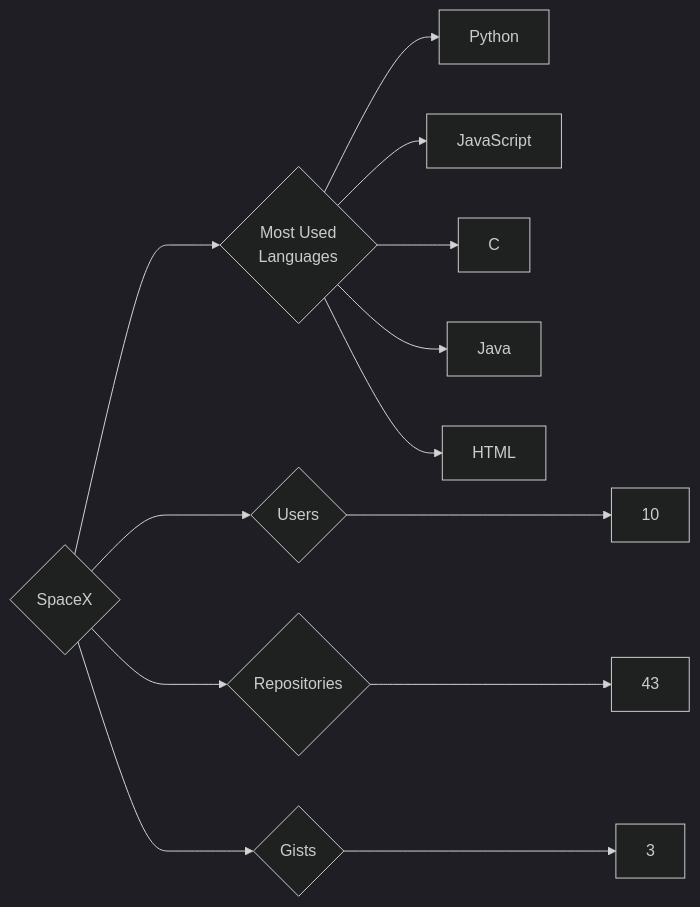
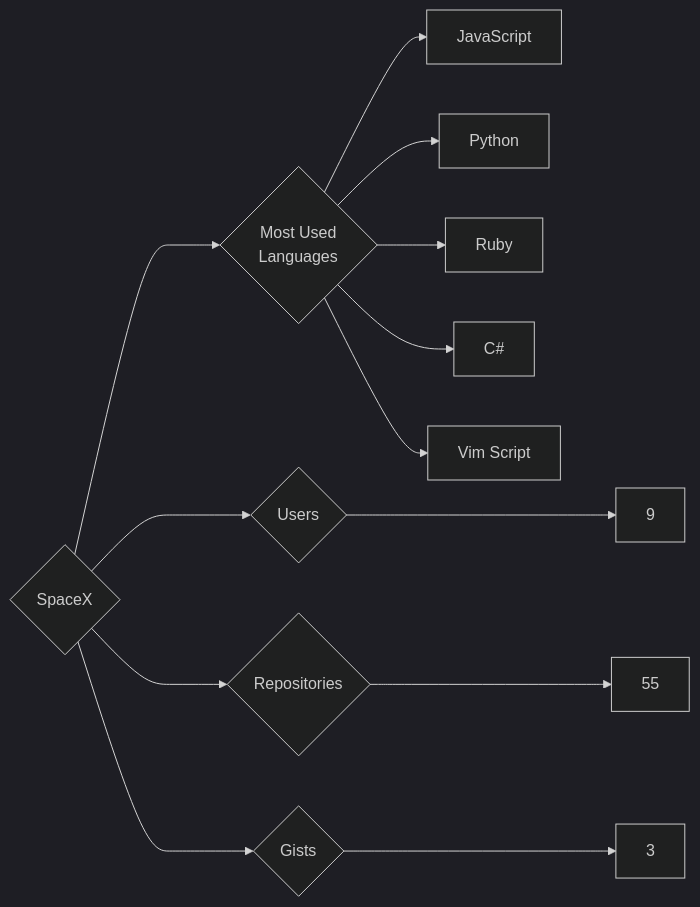
The diagram in targets/SpaceX/README.md (trickest/insiders), drawn with Mermaid (dark theme) before and after one commit. The commit also changed 1248 other files, not shown here.

````diff
--- a/targets/SpaceX/README.md
+++ b/targets/SpaceX/README.md
@@ -3,13 +3,13 @@
 ```mermaid
 graph LR
 COMPANY_NAME{SpaceX}
-COMPANY_NAME ---> U{Users} ---> UN[10]
-COMPANY_NAME ---> R{Repositories} ---> RN[43]
+COMPANY_NAME ---> U{Users} ---> UN[9]
+COMPANY_NAME ---> R{Repositories} ---> RN[55]
 COMPANY_NAME ---> G{Gists} ---> GN[3]
 COMPANY_NAME ---> ML{Most Used<br>Languages}
+ML --> JavaScript[JavaScript]
 ML --> Python[Python]
-ML --> JavaScript[JavaScript]
-ML --> C[C]
-ML --> Java[Java]
-ML --> HTML[HTML]
+ML --> Ruby[Ruby]
+ML --> C#[C#]
+ML --> Vim_Script[Vim Script]
 ```
````
